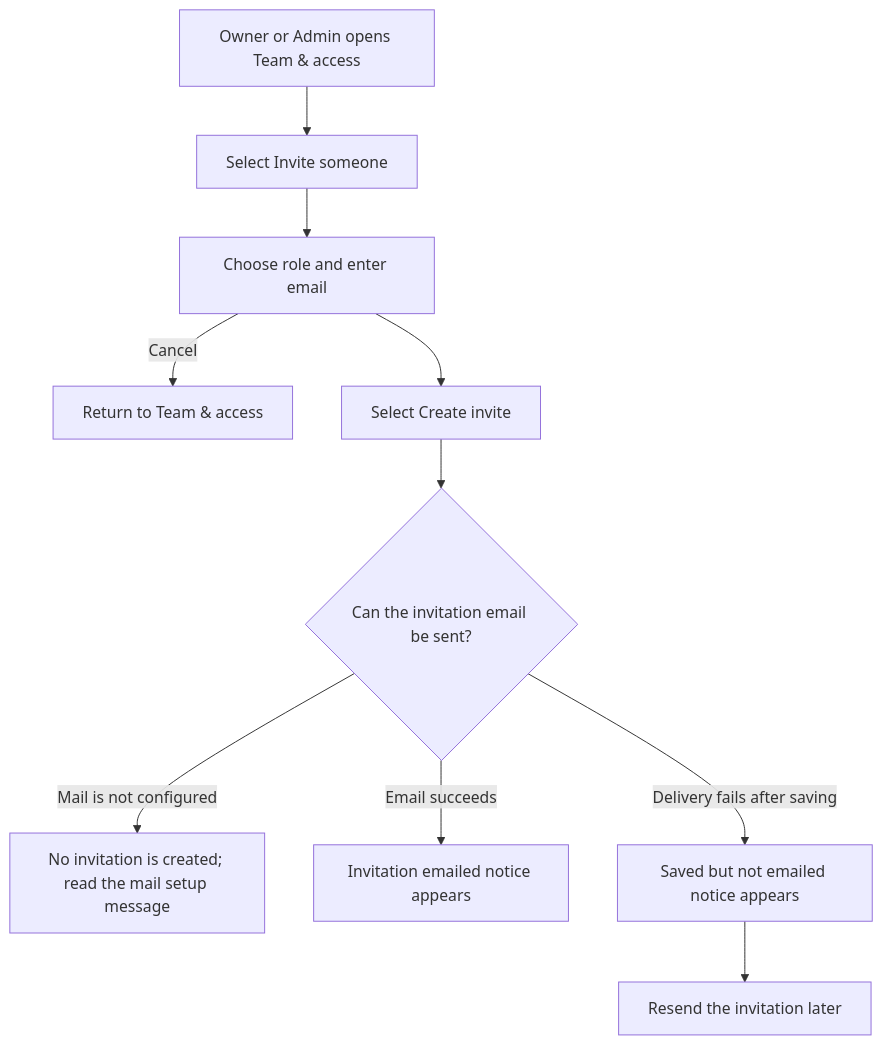
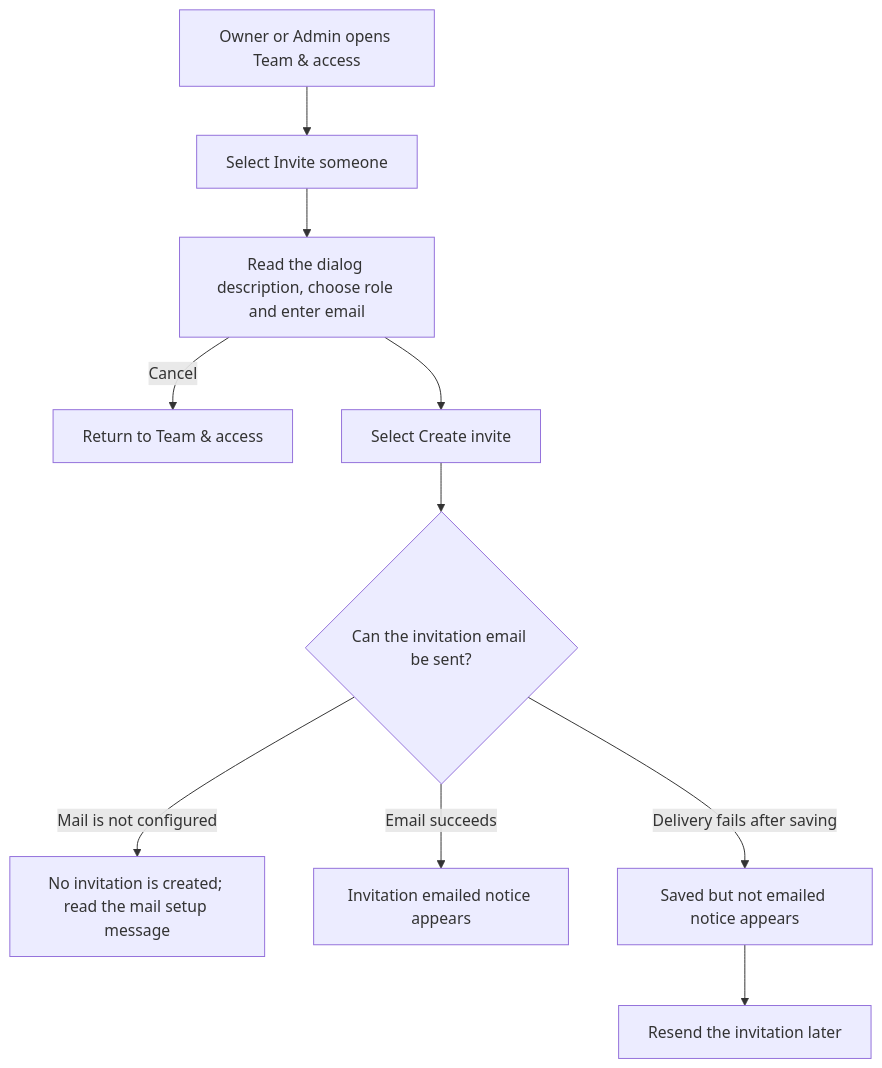
Before and after one commit to Kevinjohn/capacitylens: the first of 2 diagrams in user-stories/team/US-TEAM-02-invite-member.md, drawn with Mermaid. The commit also changed other lines of this file and 35 other files, not shown here.

````diff
--- a/user-stories/team/US-TEAM-02-invite-member.md
+++ b/user-stories/team/US-TEAM-02-invite-member.md
@@ -22,12 +23,12 @@
 ```mermaid
 flowchart TD
     Open["Owner or Admin opens Team & access"] --> Invite["Select Invite someone"]
-    Invite --> Details["Choose role and enter email"]
+    Invite --> Details["Read the dialog description, choose role and enter email"]
     Details -->|"Cancel"| Back["Return to Team & access"]
     Details --> Submit["Select Create invite"]
     Submit --> Mail{"Can the invitation email be sent?"}
     Mail -->|"Mail is not configured"| Blocked["No invitation is created; read the mail setup message"]
     Mail -->|"Email succeeds"| Sent["Invitation emailed notice appears"]
     Mail -->|"Delivery fails after saving"| Saved["Saved but not emailed notice appears"]
     Saved --> Later["Resend the invitation later"]
 ```
````
